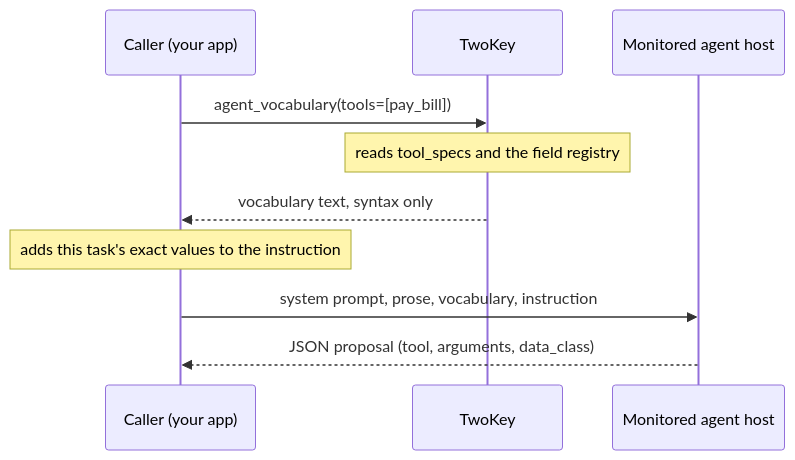
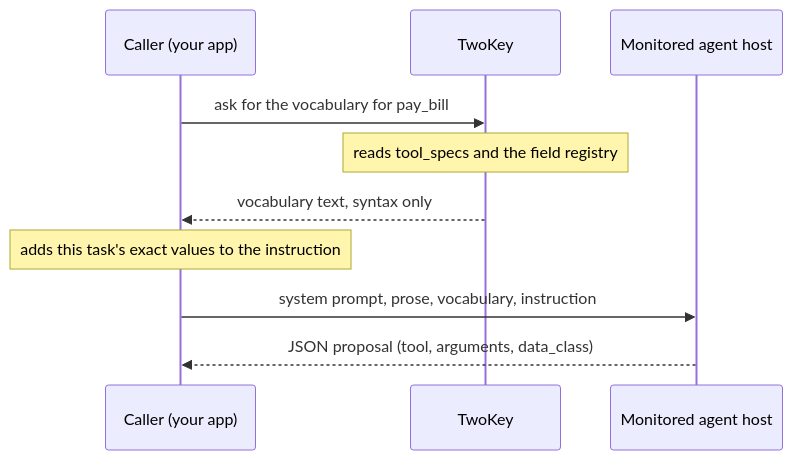
The second of 5 diagrams in docs/HOWTO.md (Insomniac-VibeLabs/two-key), drawn with Mermaid before and after one commit. The commit also changed other lines of this file and 7 other files, not shown here.

First line of the commit message:
Docs: diagram labels use plain words instead of code names

````diff
--- a/docs/HOWTO.md
+++ b/docs/HOWTO.md
@@ -1386,12 +1386,12 @@
 ```mermaid
 sequenceDiagram
   participant Caller as Caller (your app)
   participant TwoKey
   participant Agent as Monitored agent host
-  Caller->>TwoKey: agent_vocabulary(tools=[pay_bill])
+  Caller->>TwoKey: ask for the vocabulary for pay_bill
   Note over TwoKey: reads tool_specs and the field registry
   TwoKey-->>Caller: vocabulary text, syntax only
   Note over Caller: adds this task's exact values to the instruction
   Caller->>Agent: system prompt, prose, vocabulary, instruction
   Agent-->>Caller: JSON proposal (tool, arguments, data_class)
 ```
````
